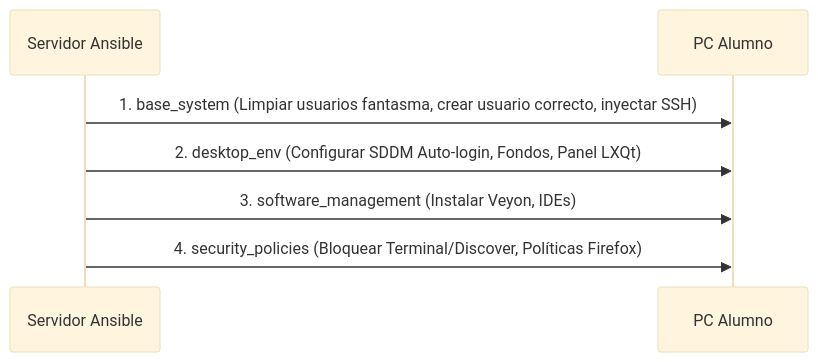
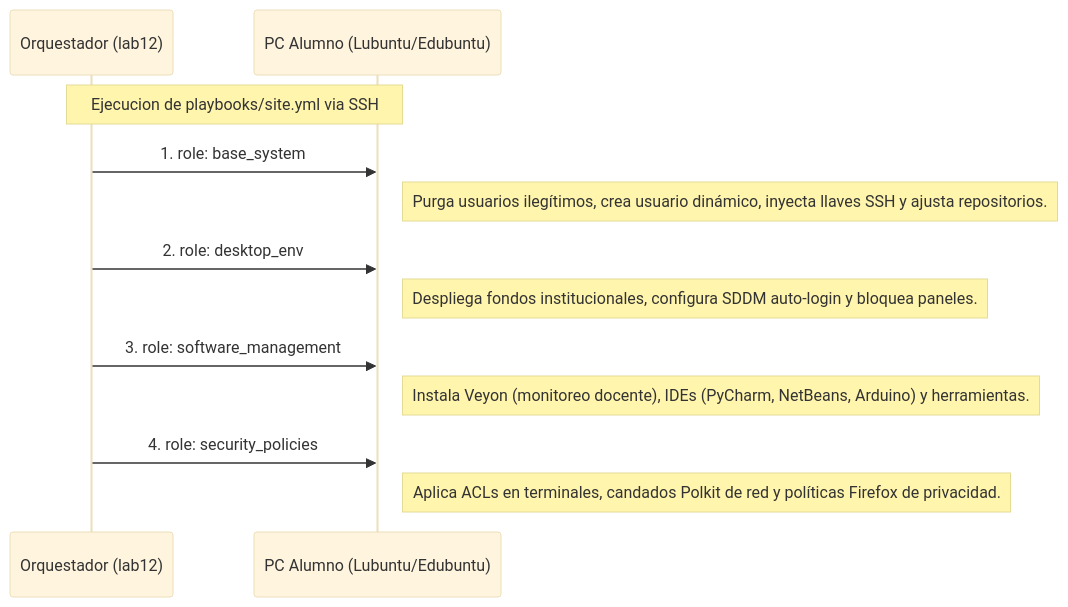
Before and after one commit to Pozole98/ansible-lab-automation: the second of 2 diagrams in docs/arquitectura.md, drawn with Mermaid (base theme). The commit also changed other lines of this file and 6 other files, not shown here.

````diff
--- a/docs/arquitectura.md
+++ b/docs/arquitectura.md
@@ -41,10 +84,18 @@
 ```mermaid
 sequenceDiagram
-    participant S as Servidor Ansible
-    participant C as PC Alumno
+    participant O as Orquestador (lab12)
+    participant C as PC Alumno (Lubuntu/Edubuntu)
 
-    S->>C: 1. base_system (Limpiar usuarios fantasma, crear usuario correcto, inyectar SSH)
-    S->>C: 2. desktop_env (Configurar SDDM Auto-login, Fondos, Panel LXQt)
-    S->>C: 3. software_management (Instalar Veyon, IDEs)
-    S->>C: 4. security_policies (Bloquear Terminal/Discover, Políticas Firefox)
+    Note over O,C: Ejecucion de playbooks/site.yml via SSH
+    O->>C: 1. role: base_system
+    Note right of C: Purga usuarios ilegítimos, crea usuario dinámico, inyecta llaves SSH y ajusta repositorios.
+    
+    O->>C: 2. role: desktop_env
+    Note right of C: Despliega fondos institucionales, configura SDDM auto-login y bloquea paneles.
+    
+    O->>C: 3. role: software_management
+    Note right of C: Instala Veyon (monitoreo docente), IDEs (PyCharm, NetBeans, Arduino) y herramientas.
+    
+    O->>C: 4. role: security_policies
+    Note right of C: Aplica ACLs en terminales, candados Polkit de red y políticas Firefox de privacidad.
 ```
````
